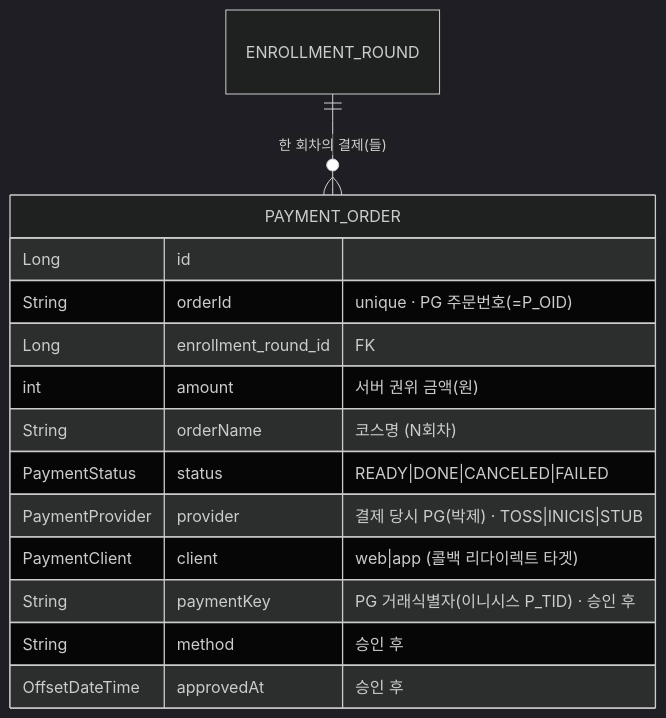
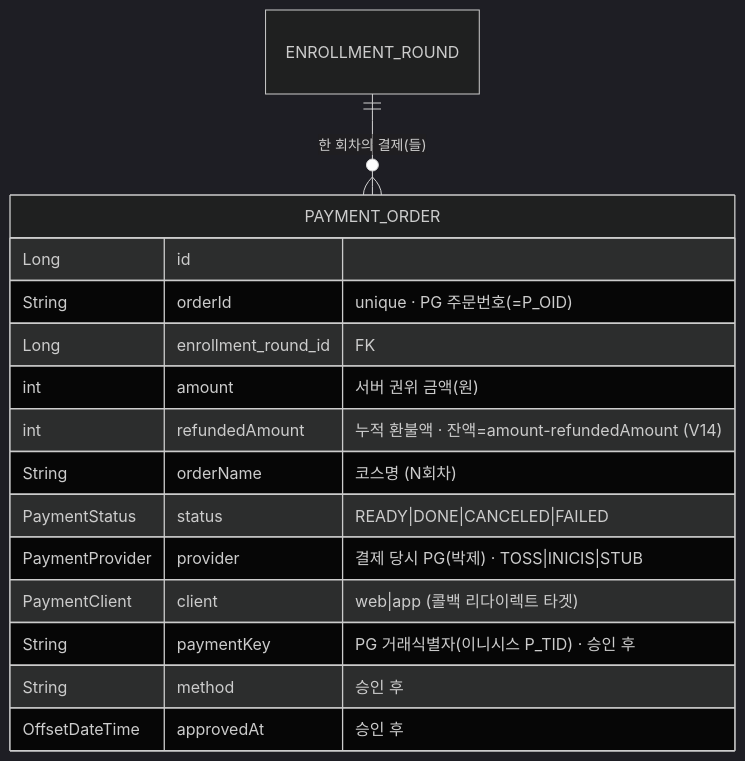
One commit to pungdong/Pungdong-Backend changed the third of 3 diagrams in docs/architecture/payment.md. Above: the diagram before and after it, drawn with Mermaid (dark theme). The commit also changed other lines of this file and 7 other files, not shown here.

First line of the commit message:
Feat: 주문 환불 상태를 테이블에서 바로 읽히게 — payment_order.refunded_amount (#201)

````diff
--- a/docs/architecture/payment.md
+++ b/docs/architecture/payment.md
@@ -72,17 +72,18 @@
 ```mermaid
 erDiagram
     ENROLLMENT_ROUND ||--o{ PAYMENT_ORDER : "한 회차의 결제(들)"
     PAYMENT_ORDER {
         Long id
         String orderId "unique · PG 주문번호(=P_OID)"
         Long enrollment_round_id "FK"
         int amount "서버 권위 금액(원)"
+        int refundedAmount "누적 환불액 · 잔액=amount-refundedAmount (V14)"
         String orderName "코스명 (N회차)"
         PaymentStatus status "READY|DONE|CANCELED|FAILED"
         PaymentProvider provider "결제 당시 PG(박제) · TOSS|INICIS|STUB"
         PaymentClient client "web|app (콜백 리다이렉트 타겟)"
         String paymentKey "PG 거래식별자(이니시스 P_TID) · 승인 후"
         String method "승인 후"
         OffsetDateTime approvedAt "승인 후"
     }
 ```
````
